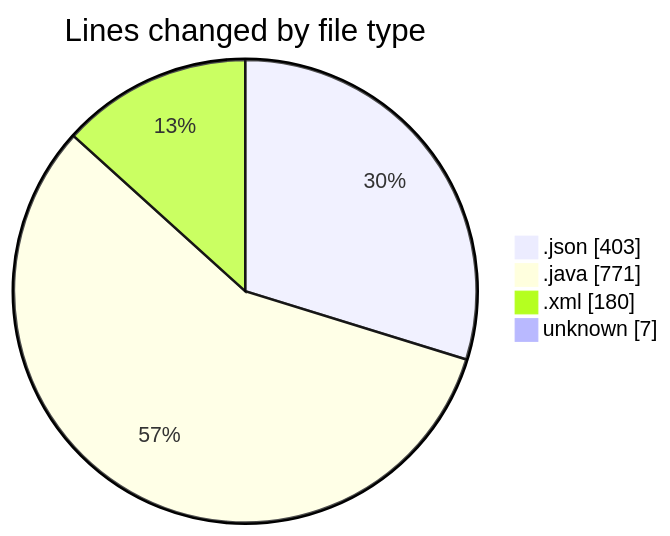
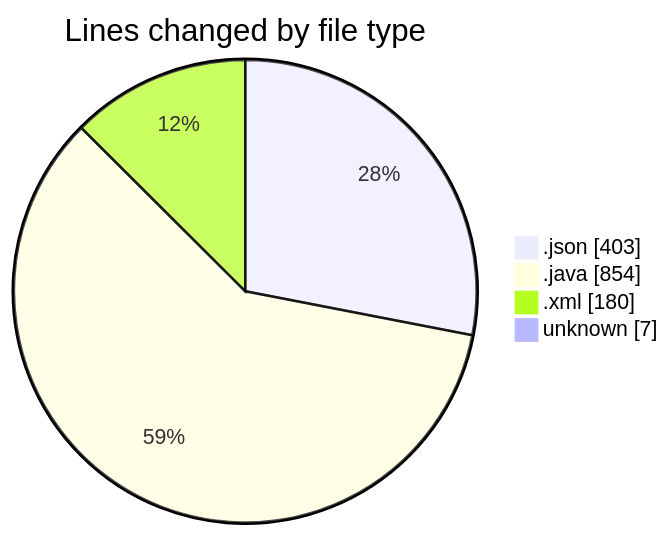
The first of 2 diagrams in 2025-02-23/codepack/README.md (charlie-sans/code-tracking), drawn with Mermaid before and after one commit. The commit also changed other lines of this file and 1 other file, not shown here.

````diff
--- a/2025-02-23/codepack/README.md
+++ b/2025-02-23/codepack/README.md
@@ -27,8 +27,8 @@
 ```mermaid
 pie showData
 title Lines changed by file type
 ".json" : 403
-".java" : 771
+".java" : 854
 ".xml" : 180
 "unknown" : 7
 ```
````
